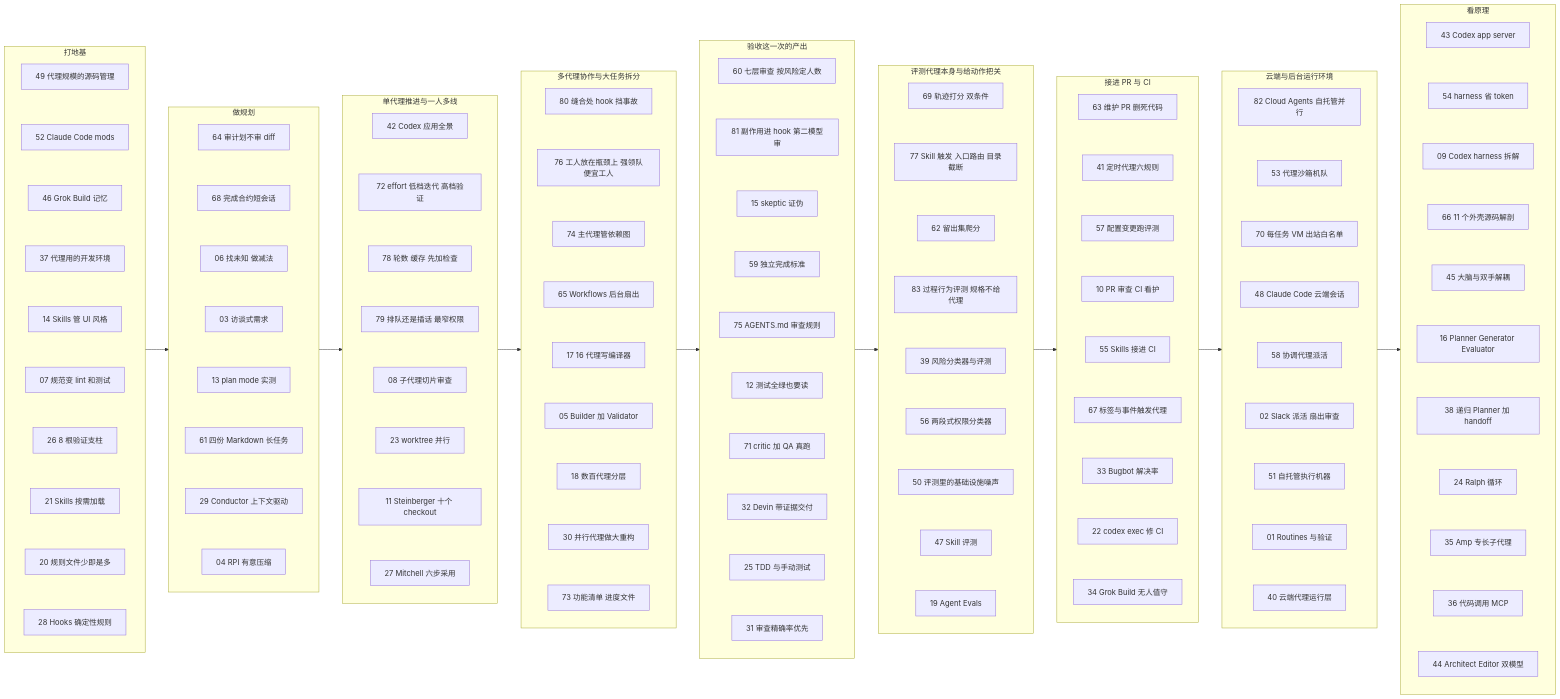
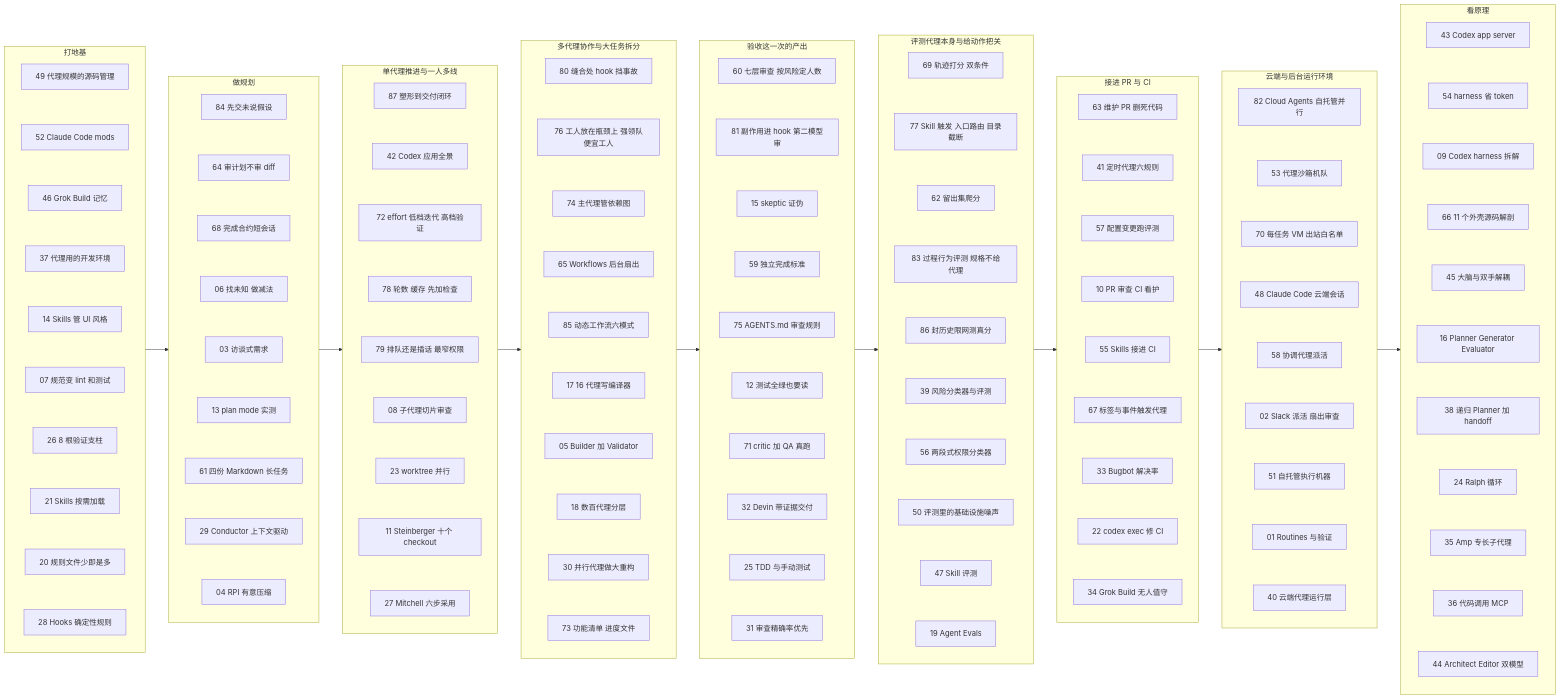
One commit to yzw7489757/ai-coding-videos changed the diagram in docs/index.md. Above: the diagram before and after it, drawn with Mermaid. The commit also changed other lines of this file and 18 other files, not shown here.

```diff
--- a/docs/index.md
+++ b/docs/index.md
@@ -138,6 +138,7 @@
   end
   subgraph S2["做规划"]
     direction TB
+    A84["84 先交未说假设"]
     A64["64 审计划不审 diff"]
     A68["68 完成合约短会话"]
     A06["06 找未知 做减法"]
@@ -146,6 +147,7 @@
     A61["61 四份 Markdown 长任务"]
     A29["29 Conductor 上下文驱动"]
     A04["04 RPI 有意压缩"]
+    A84 ~~~ A64
     A64 ~~~ A68
     A68 ~~~ A06
     A06 ~~~ A03
@@ -156,6 +158,7 @@
   end
   subgraph S3["单代理推进与一人多线"]
     direction TB
+    A87["87 塑形到交付闭环"]
     A42["42 Codex 应用全景"]
     A72["72 effort 低档迭代 高档验证"]
     A78["78 轮数 缓存 先加检查"]
@@ -164,6 +167,7 @@
     A23["23 worktree 并行"]
     A11["11 Steinberger 十个 checkout"]
     A27["27 Mitchell 六步采用"]
+    A87 ~~~ A42
     A42 ~~~ A72
     A72 ~~~ A78
     A78 ~~~ A79
@@ -178,6 +182,7 @@
     A76["76 工人放在瓶颈上 强领队便宜工人"]
     A74["74 主代理管依赖图"]
     A65["65 Workflows 后台扇出"]
+    A85["85 动态工作流六模式"]
     A17["17 16 代理写编译器"]
     A05["05 Builder 加 Validator"]
     A18["18 数百代理分层"]
@@ -186,7 +191,8 @@
     A80 ~~~ A76
     A76 ~~~ A74
     A74 ~~~ A65
-    A65 ~~~ A17
+    A65 ~~~ A85
+    A85 ~~~ A17
     A17 ~~~ A05
     A05 ~~~ A18
     A18 ~~~ A30
@@ -220,6 +226,7 @@
     A77["77 Skill 触发 入口路由 目录截断"]
     A62["62 留出集爬分"]
     A83["83 过程行为评测 规格不给代理"]
+    A86["86 封历史限网测真分"]
     A39["39 风险分类器与评测"]
     A56["56 两段式权限分类器"]
     A50["50 评测里的基础设施噪声"]
@@ -228,7 +235,8 @@
     A69 ~~~ A77
     A77 ~~~ A62
     A62 ~~~ A83
-    A83 ~~~ A39
+    A83 ~~~ A86
+    A86 ~~~ A39
     A39 ~~~ A56
     A56 ~~~ A50
     A50 ~~~ A47
```
